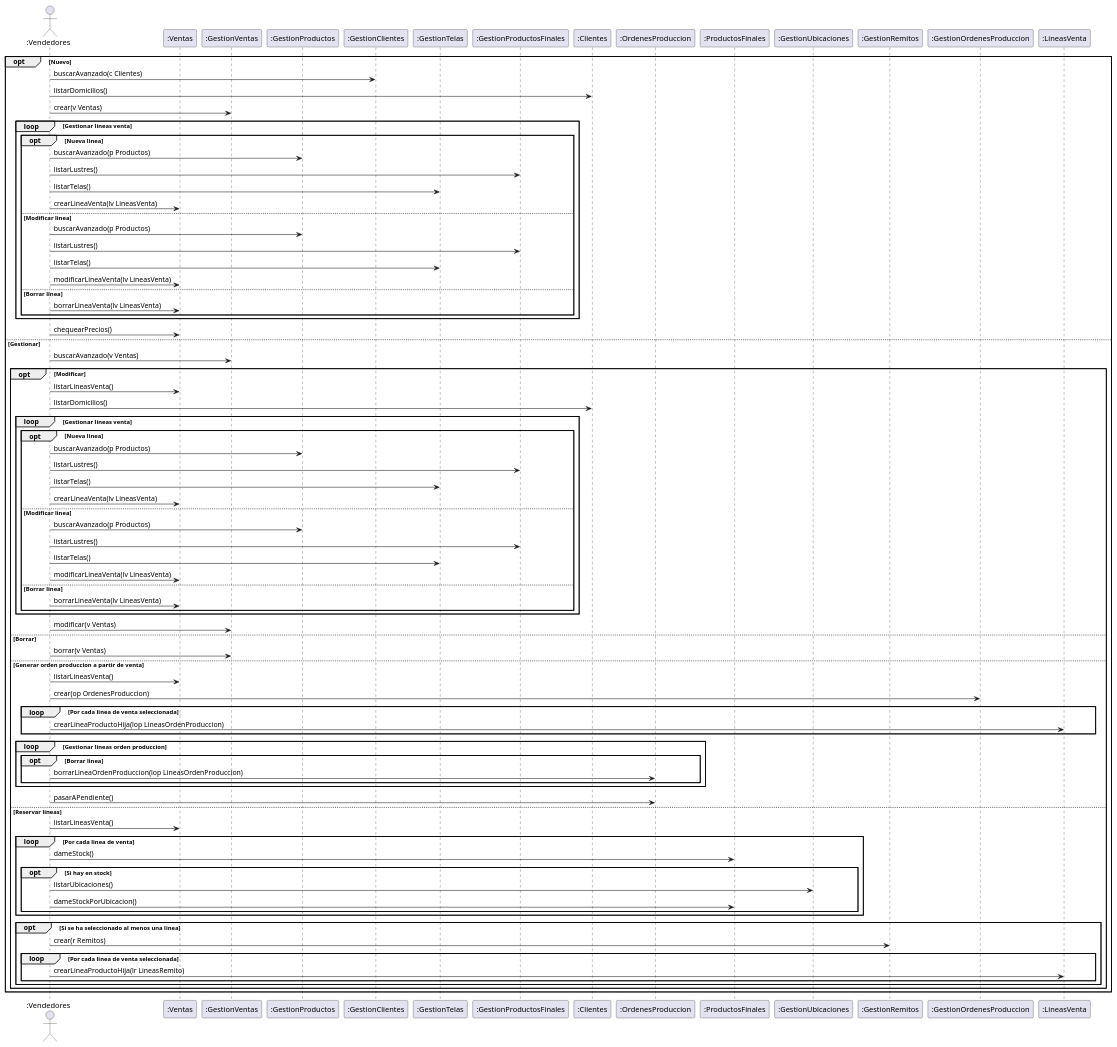
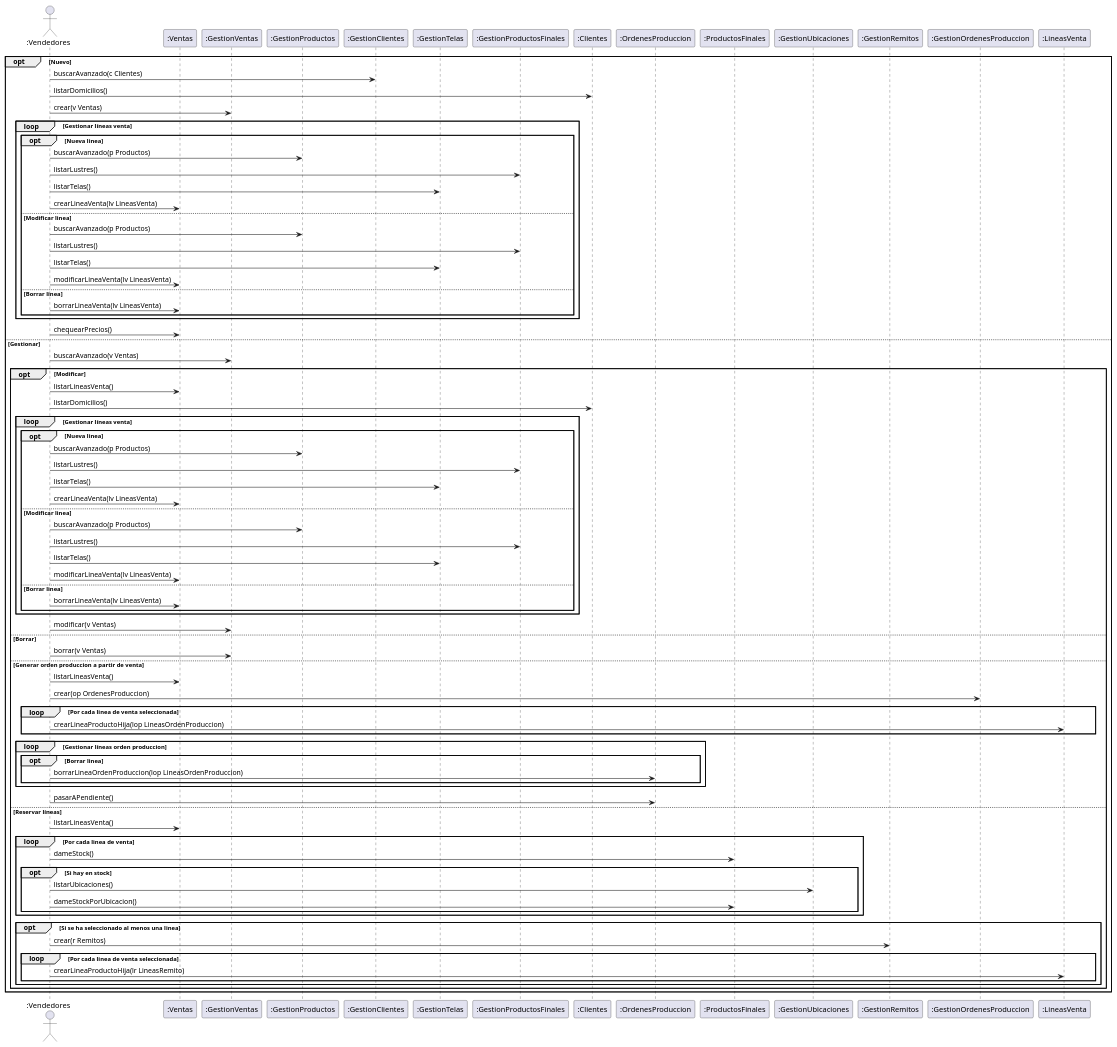
One commit to ZMGestion/DocumentacionZMGestion changed the fourth of 4 diagrams in DiagramasSecuencia/DiagramaDeSecuencia.puml. Above: the diagram before and after it, drawn with PlantUML. The commit also changed other lines of this file and 61 other files, not shown here.

```diff
--- a/DiagramasSecuencia/DiagramaDeSecuencia.puml
+++ b/DiagramasSecuencia/DiagramaDeSecuencia.puml
@@ -148,91 +148,91 @@
 @startuml GestionVentas
     actor ":Vendedores" as Vendedores
     participant ":Ventas" as Ventas
     participant ":GestionVentas" as GestionVentas
     participant ":GestionProductos" as GestionProductos
     participant ":GestionClientes" as GestionClientes
     participant ":GestionTelas" as GestionTelas
     participant ":GestionProductosFinales" as GestionProductosFinales
     participant ":Clientes" as Clientes
     participant ":OrdenesProduccion" as OrdenesProduccion
     participant ":ProductosFinales" as ProductosFinales
     participant ":GestionUbicaciones" as GestionUbicaciones
     participant ":GestionRemitos" as GestionRemitos
     participant ":GestionOrdenesProduccion" as GestionOrdenesProduccion
     participant ":LineasVenta" as LineasVenta
 
     opt Nuevo
         Vendedores -> GestionClientes: buscarAvanzado(c Clientes)
         Vendedores -> Clientes: listarDomicilios()
         Vendedores -> GestionVentas: crear(v Ventas)
-        loop Gestionar lineas venta
+        loop Gestionar líneas venta
             opt Nueva linea
                 Vendedores -> GestionProductos: buscarAvanzado(p Productos)
                 Vendedores -> GestionProductosFinales: listarLustres()
                 Vendedores -> GestionTelas: listarTelas()
                 Vendedores -> Ventas: crearLineaVenta(lv LineasVenta)
             else Modificar linea
                 Vendedores -> GestionProductos: buscarAvanzado(p Productos)
                 Vendedores -> GestionProductosFinales: listarLustres()
                 Vendedores -> GestionTelas: listarTelas()
                 Vendedores -> Ventas: modificarLineaVenta(lv LineasVenta)
             else Borrar linea
                 Vendedores -> Ventas: borrarLineaVenta(lv LineasVenta)
             end
         end 
         Vendedores -> Ventas: chequearPrecios()
     else Gestionar
         Vendedores -> GestionVentas: buscarAvanzado(v Ventas)
         opt Modificar
             Vendedores -> Ventas: listarLineasVenta()
             Vendedores -> Clientes: listarDomicilios()
-            loop Gestionar lineas venta
+            loop Gestionar líneas venta
                 opt Nueva linea
                     Vendedores -> GestionProductos: buscarAvanzado(p Productos)
                     Vendedores -> GestionProductosFinales: listarLustres()
                     Vendedores -> GestionTelas: listarTelas()
                     Vendedores -> Ventas: crearLineaVenta(lv LineasVenta)
                 else Modificar linea
                     Vendedores -> GestionProductos: buscarAvanzado(p Productos)
                     Vendedores -> GestionProductosFinales: listarLustres()
                     Vendedores -> GestionTelas: listarTelas()
                     Vendedores -> Ventas: modificarLineaVenta(lv LineasVenta)
                 else Borrar linea
                     Vendedores -> Ventas: borrarLineaVenta(lv LineasVenta)
                 end
             end
             Vendedores -> GestionVentas: modificar(v Ventas)
         else Borrar
             Vendedores -> GestionVentas: borrar(v Ventas)
         else Generar orden produccion a partir de venta
             Vendedores -> Ventas: listarLineasVenta()
             Vendedores -> GestionOrdenesProduccion: crear(op OrdenesProduccion)
             loop Por cada linea de venta seleccionada
                 Vendedores -> LineasVenta: crearLineaProductoHija(lop LineasOrdenProduccion)
             end
-            loop Gestionar lineas orden produccion
+            loop Gestionar líneas orden produccion
                 opt Borrar linea
                     Vendedores -> OrdenesProduccion: borrarLineaOrdenProduccion(lop LineasOrdenProduccion)
                 end
             end
             Vendedores -> OrdenesProduccion: pasarAPendiente()
-        else Reservar lineas
+        else Reservar líneas
             Vendedores -> Ventas: listarLineasVenta()
             loop Por cada linea de venta
                 Vendedores -> ProductosFinales: dameStock()
                 opt Si hay en stock
                     Vendedores -> GestionUbicaciones: listarUbicaciones()
                     Vendedores -> ProductosFinales: dameStockPorUbicacion()
                 end
             end
             opt Si se ha seleccionado al menos una linea
                 Vendedores -> GestionRemitos: crear(r Remitos)
                 loop Por cada linea de venta seleccionada
                     Vendedores -> LineasVenta: crearLineaProductoHija(lr LineasRemito)
-                    ' se crean las lineas de remito dado que se debe asociar la ubicacion de la cual
+                    ' se crean las líneas de remito dado que se debe asociar la ubicacion de la cual
                     ' se sacaran cada linea
                 end
             end
         end
     end
 @enduml
```
